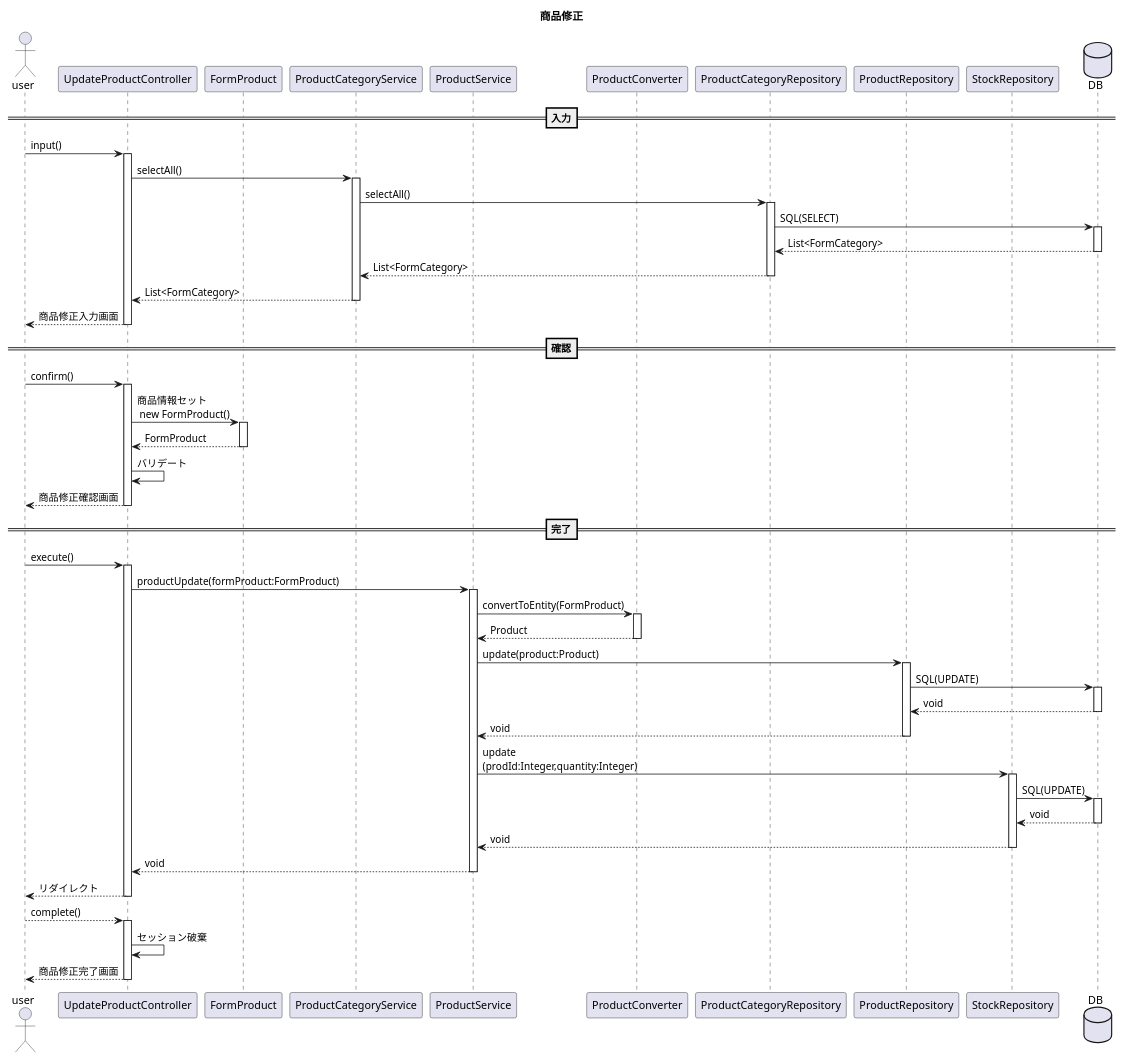
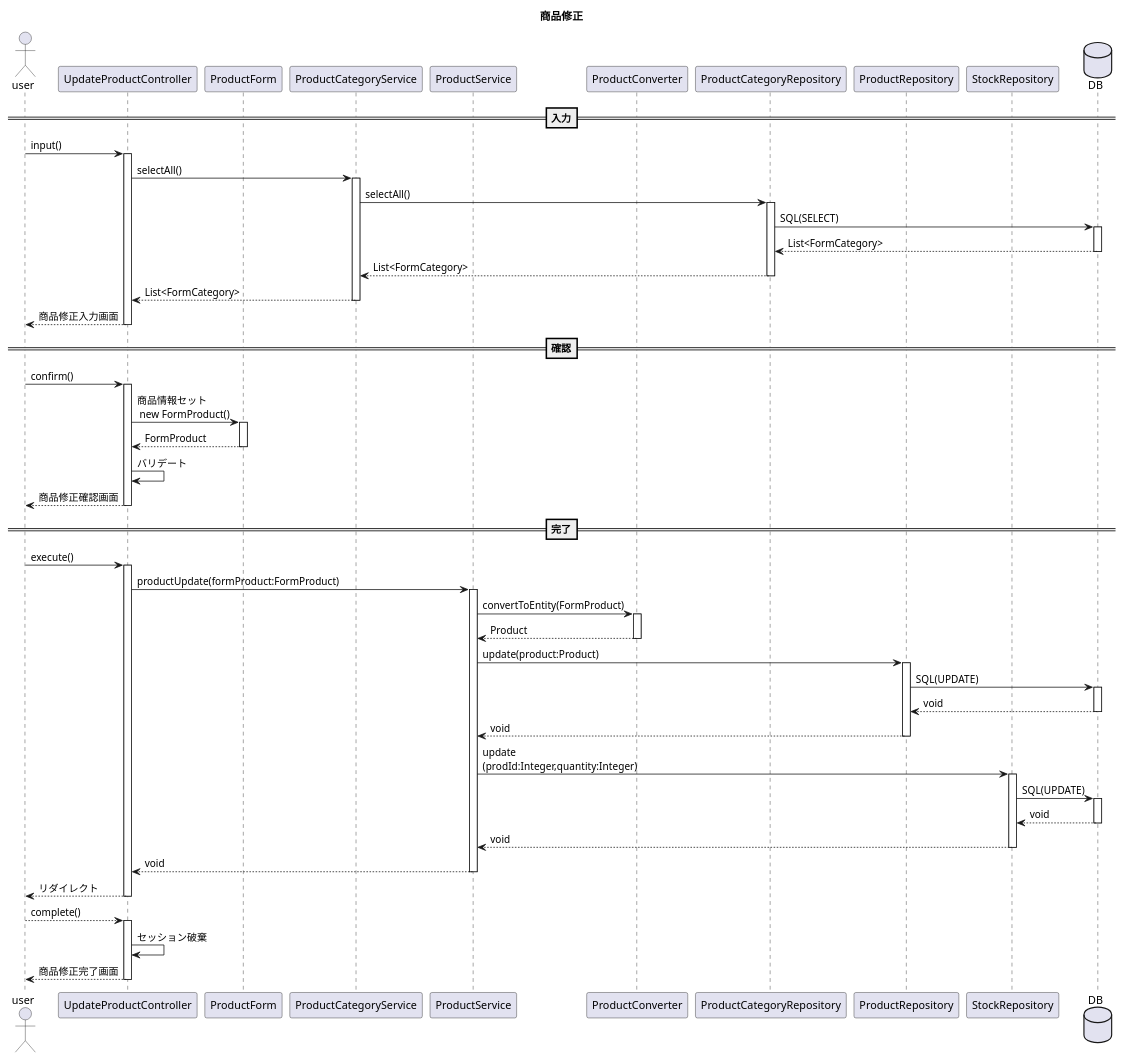
The diagram in plan/uml/sequence/uc012.plantuml (kanavii3333/ec-b), drawn with PlantUML before and after one commit. The commit also changed 4 other files, not shown here.

Commit message:
シーケンス図のFormのクラス名を変更

```diff
--- a/plan/uml/sequence/uc012.plantuml
+++ b/plan/uml/sequence/uc012.plantuml
@@ -1,48 +1,48 @@
 @startuml
 title 商品修正
 actor user
 participant UpdateProductController as Controller
-participant FormProduct as Form
+participant ProductForm as Form
 participant ProductCategoryService as Service1
 participant ProductService as Service
 participant ProductConverter as Helper
 participant ProductCategoryRepository as Repository
 participant ProductRepository as Repository1
 participant StockRepository as Repository2
 database DB
 
 ==入力==
 user -> Controller++:input()
 Controller -> Service1++:selectAll()
 Service1 -> Repository++:selectAll()
 Repository -> DB++:SQL(SELECT)
 Repository <-- DB--:List<FormCategory>
 Service1 <-- Repository--:List<FormCategory>
 Controller <-- Service1--:List<FormCategory>
 user <-- Controller--:商品修正入力画面
 ==確認==
 user -> Controller++:confirm()
 Controller -> Form++:商品情報セット\n new FormProduct()
 Controller <-- Form--:FormProduct
 Controller -> Controller:バリデート
 user <-- Controller--:商品修正確認画面
 ==完了==
 user -> Controller++:execute()
 Controller -> Service++:productUpdate(formProduct:FormProduct)
 Service -> Helper++:convertToEntity(FormProduct)
 Service <-- Helper--:Product
 Service -> Repository1++:update(product:Product)
 Repository1 -> DB++:SQL(UPDATE)
 Repository1 <-- DB--:void
 Service <-- Repository1--:void
 Service -> Repository2++:update\n(prodId:Integer,quantity:Integer)
 Repository2 -> DB++:SQL(UPDATE)
 Repository2 <-- DB--:void
 Service <-- Repository2--:void
 Controller <-- Service--:void
 user <-- Controller--:リダイレクト
 user --> Controller++:complete()
 Controller -> Controller:セッション破棄
 user <-- Controller--:商品修正完了画面
 
 @enduml
```
